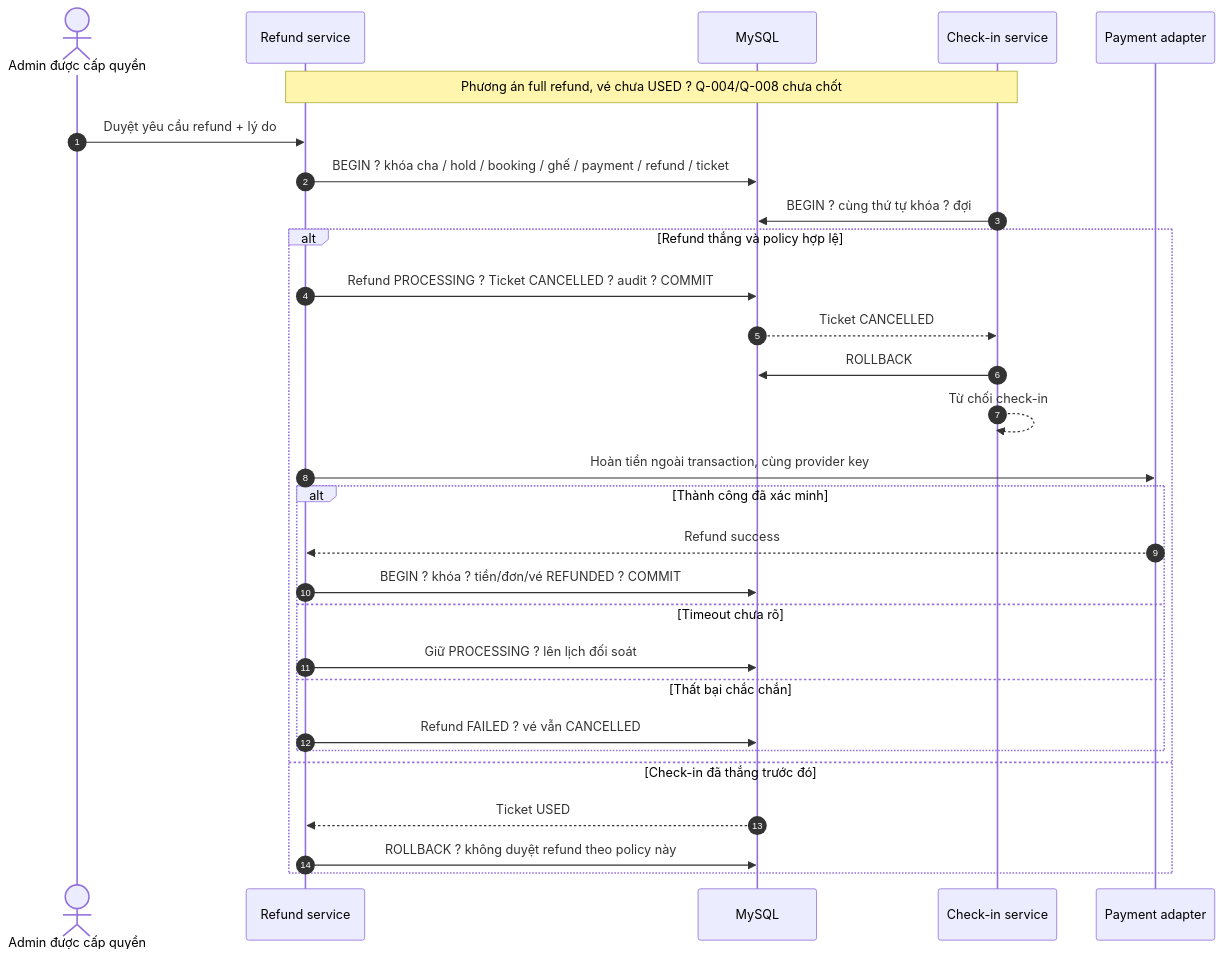
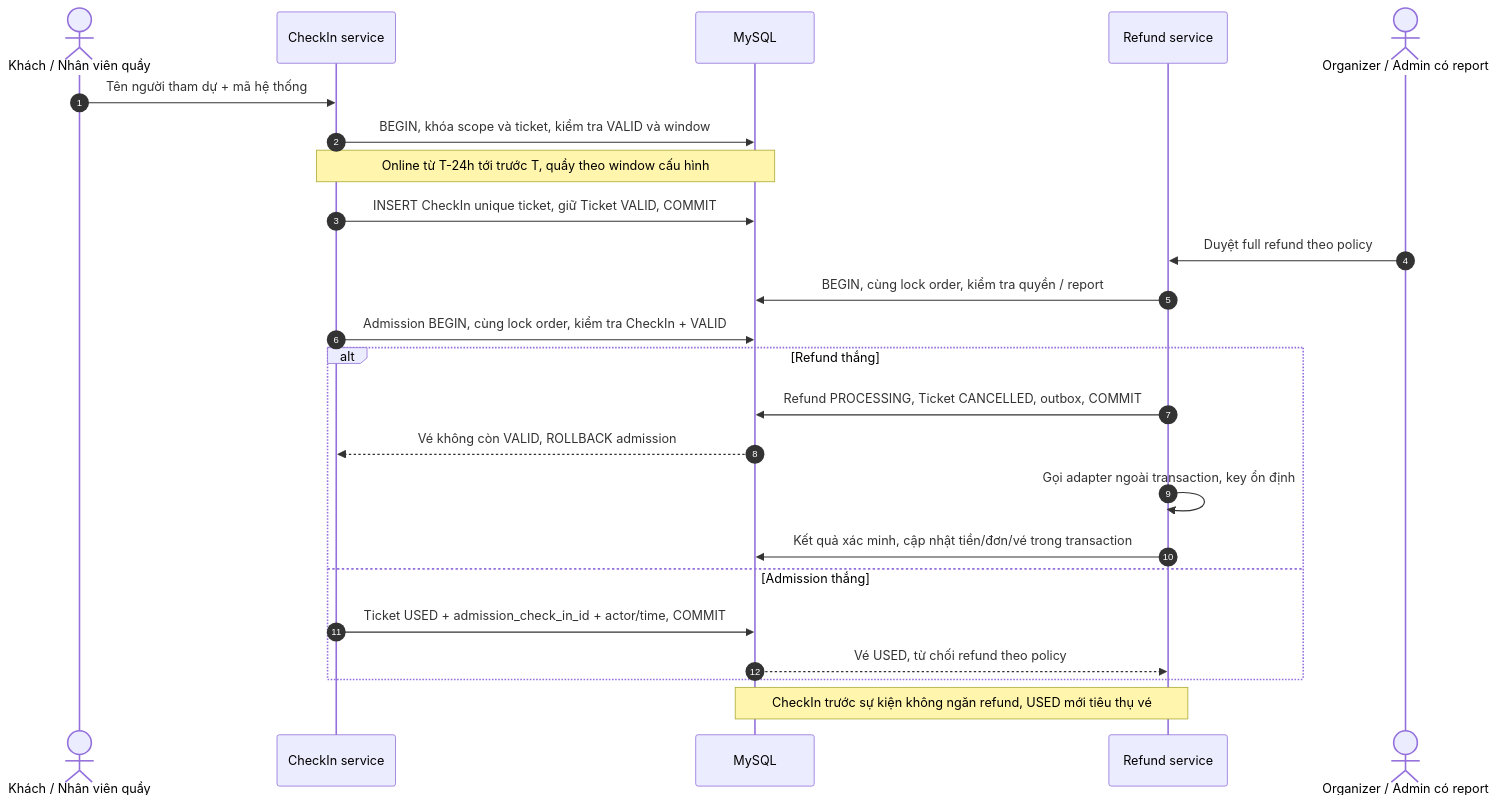
Before and after one commit to TienTrn05/Event_booking_ticket: the diagram in docs/diagrams/13-refund-checkin.mmd, drawn with Mermaid. The commit also changed 56 other files, not shown here.

```diff
--- a/docs/diagrams/13-refund-checkin.mmd
+++ b/docs/diagrams/13-refund-checkin.mmd
@@ -1,29 +1,24 @@
 sequenceDiagram
     autonumber
-    actor A as Admin được cấp quyền
+    actor U as Khách / Nhân viên quầy
+    participant C as CheckIn service
+    participant DB as MySQL
     participant R as Refund service
-    participant DB as MySQL
-    participant C as Check-in service
-    participant P as Payment adapter
-    Note over R,C: Phương án full refund, vé chưa USED ? Q-004/Q-008 chưa chốt
-    A->>R: Duyệt yêu cầu refund + lý do
-    R->>DB: BEGIN ? khóa cha / hold / booking / ghế / payment / refund / ticket
-    C->>DB: BEGIN ? cùng thứ tự khóa ? đợi
-    alt Refund thắng và policy hợp lệ
-      R->>DB: Refund PROCESSING ? Ticket CANCELLED ? audit ? COMMIT
-      DB-->>C: Ticket CANCELLED
-      C->>DB: ROLLBACK
-      C-->>C: Từ chối check-in
-      R->>P: Hoàn tiền ngoài transaction, cùng provider key
-      alt Thành công đã xác minh
-        P-->>R: Refund success
-        R->>DB: BEGIN ? khóa ? tiền/đơn/vé REFUNDED ? COMMIT
-      else Timeout chưa rõ
-        R->>DB: Giữ PROCESSING ? lên lịch đối soát
-      else Thất bại chắc chắn
-        R->>DB: Refund FAILED ? vé vẫn CANCELLED
-      end
-    else Check-in đã thắng trước đó
-      DB-->>R: Ticket USED
-      R->>DB: ROLLBACK ? không duyệt refund theo policy này
+    actor O as Organizer / Admin có report
+    U->>C: Tên người tham dự + mã hệ thống
+    C->>DB: BEGIN, khóa scope và ticket, kiểm tra VALID và window
+    Note over C,DB: Online từ T-24h tới trước T, quầy theo window cấu hình
+    C->>DB: INSERT CheckIn unique ticket, giữ Ticket VALID, COMMIT
+    O->>R: Duyệt full refund theo policy
+    R->>DB: BEGIN, cùng lock order, kiểm tra quyền / report
+    C->>DB: Admission BEGIN, cùng lock order, kiểm tra CheckIn + VALID
+    alt Refund thắng
+      R->>DB: Refund PROCESSING, Ticket CANCELLED, outbox, COMMIT
+      DB-->>C: Vé không còn VALID, ROLLBACK admission
+      R->>R: Gọi adapter ngoài transaction, key ổn định
+      R->>DB: Kết quả xác minh, cập nhật tiền/đơn/vé trong transaction
+    else Admission thắng
+      C->>DB: Ticket USED + admission_check_in_id + actor/time, COMMIT
+      DB-->>R: Vé USED, từ chối refund theo policy
     end
+    Note over R,DB: CheckIn trước sự kiện không ngăn refund, USED mới tiêu thụ vé
```
